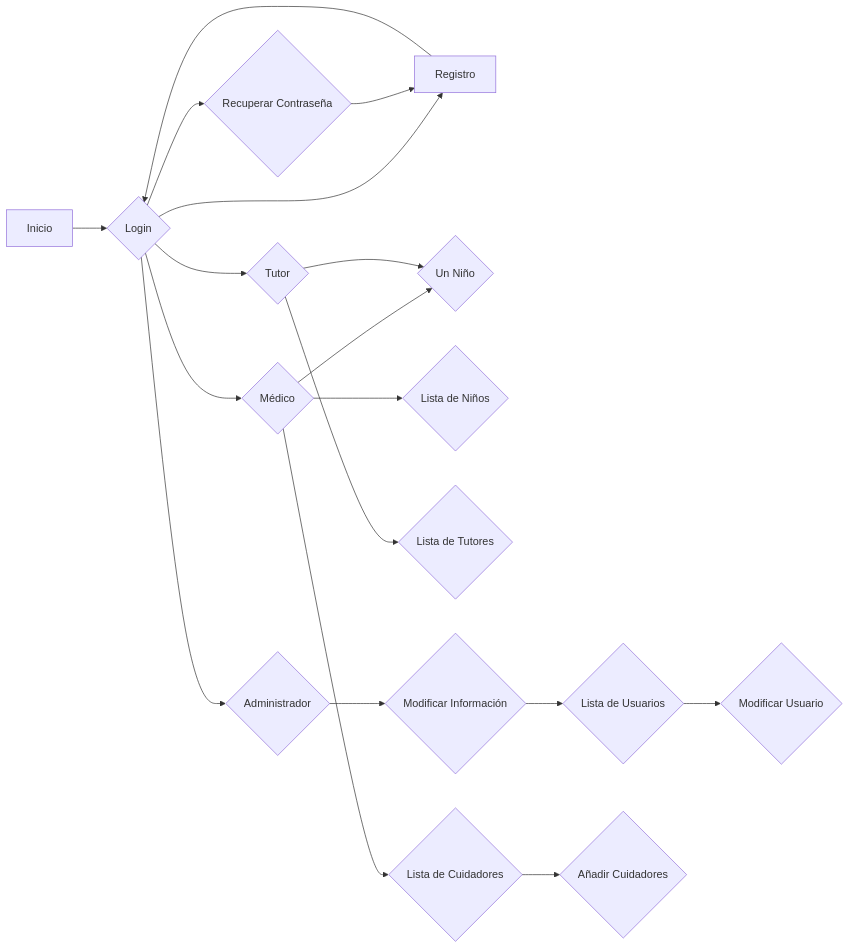
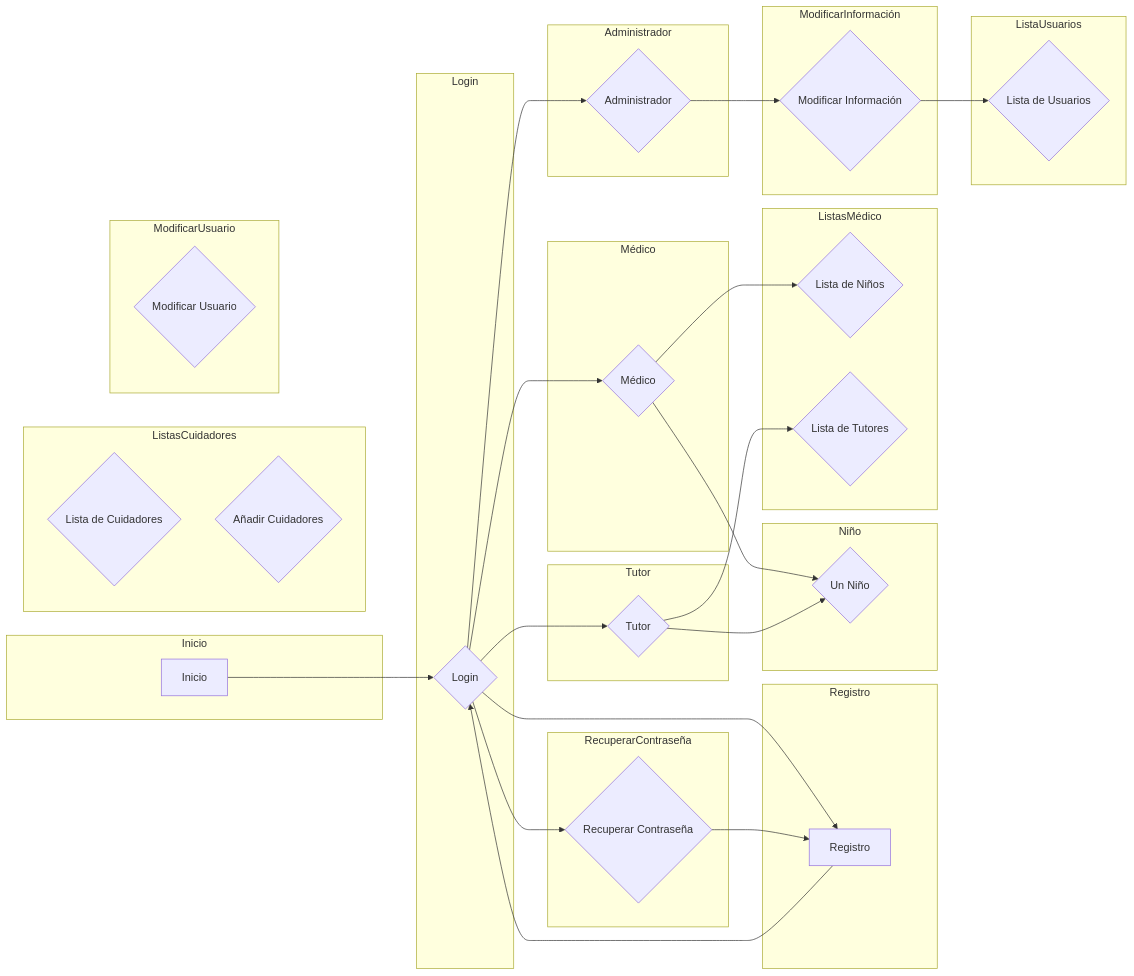
The diagram in Diagramavistalogica.mermaid (mactiburon/tapatapp), drawn with Mermaid before and after one commit.

Commit message:
Diagramavistalogica.mermaid

```diff
--- a/Diagramavistalogica.mermaid
+++ b/Diagramavistalogica.mermaid
@@ -1,18 +1,57 @@
 graph LR
-    A[Inicio] --> B{Login}
-    B --> C[Registro]
-    B --> D{Recuperar Contraseña}
+    subgraph Inicio
+        A[Inicio]
+    end
+    subgraph Login
+        B{Login}
+    end
+    subgraph Registro
+        C[Registro]
+    end
+    subgraph RecuperarContraseña
+        D{Recuperar Contraseña}
+    end
+    subgraph Administrador
+        E{Administrador}
+    end
+    subgraph Médico
+        F{Médico}
+    end
+    subgraph Tutor
+        G{Tutor}
+    end
+    subgraph Niño
+        H{Un Niño}
+    end
+    subgraph ListasMédico
+        I{Lista de Niños}
+        J{Lista de Tutores}
+    end
+    subgraph ListasCuidadores
+        O{Lista de Cuidadores}
+        P{Añadir Cuidadores}
+    end
+    subgraph ModificarInformación
+        L{Modificar Información}
+    end
+    subgraph ListaUsuarios
+        M{Lista de Usuarios}
+    end
+    subgraph ModificarUsuario
+        N{Modificar Usuario}
+    end
+
+    A --> B
+    B --> C
+    B --> D
     C --> B
     D --> C
-    B --> E{Administrador}
-    B --> F{Médico}
-    B --> G{Tutor}
-    F --> H{Un Niño}
+    B --> E
+    B --> F
+    B --> G
+    F --> H
     G --> H
-    F --> I{Lista de Niños}
-    G --> J{Lista de Tutores}
-    E --> L{Modificar Información}
-    L --> M{Lista de Usuarios}
-    M --> N{Modificar Usuario}
-    F --> O{Lista de Cuidadores}
-    O --> P{Añadir Cuidadores}
+    F --> I
+    G --> J
+    E --> L
+    L --> M
```
